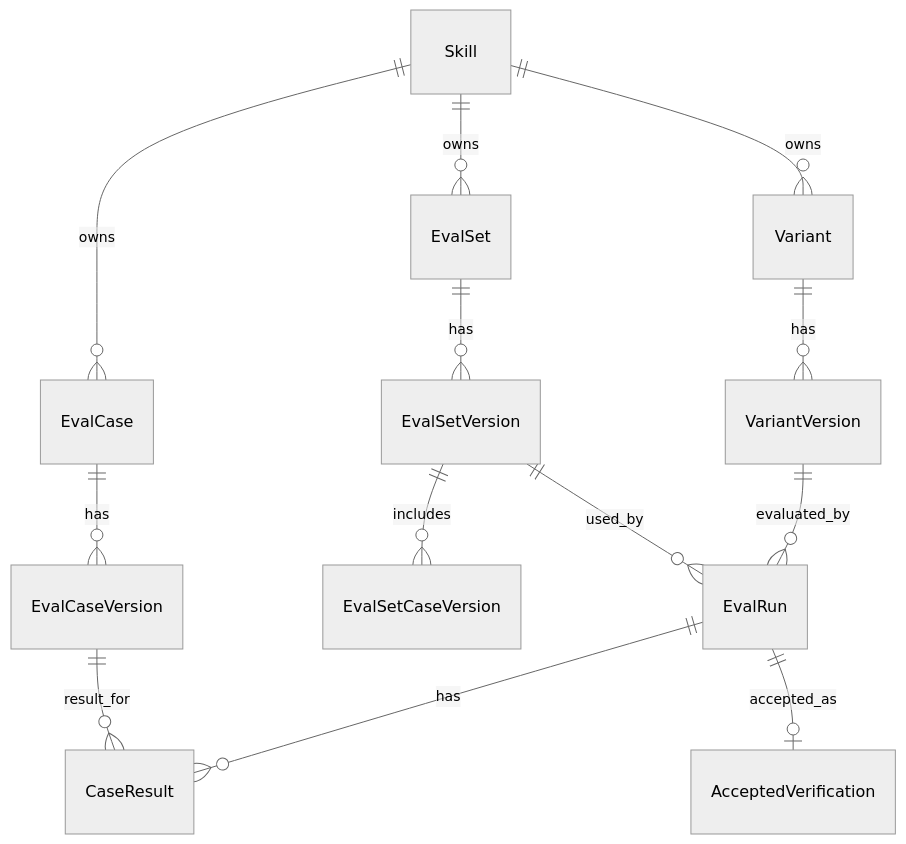
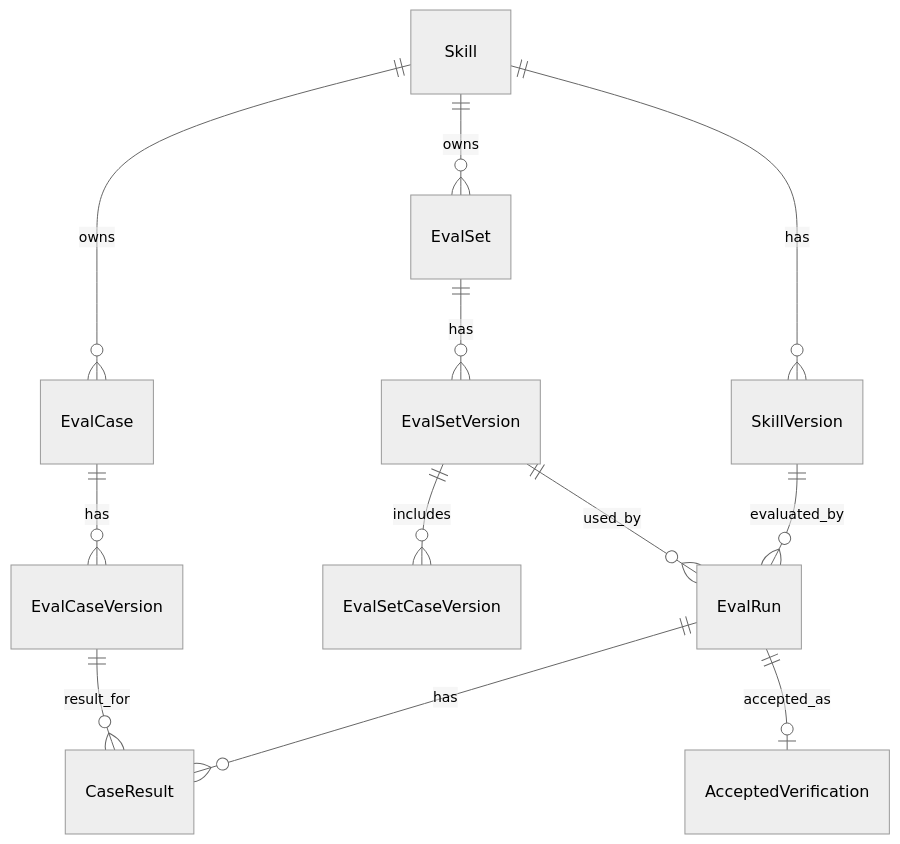
The second of 4 diagrams in docs/formal-architecture-v0.1.md (Madolkke/skills-manager), drawn with Mermaid (neutral theme) before and after one commit. The commit also changed other lines of this file and 47 other files, not shown here.

````diff
--- a/docs/formal-architecture-v0.1.md
+++ b/docs/formal-architecture-v0.1.md
@@ -52,15 +49,14 @@
 ```mermaid
 erDiagram
-  Skill ||--o{ Variant : owns
-  Variant ||--o{ VariantVersion : has
+  Skill ||--o{ SkillVersion : has
   Skill ||--o{ EvalSet : owns
   EvalSet ||--o{ EvalSetVersion : has
   Skill ||--o{ EvalCase : owns
   EvalCase ||--o{ EvalCaseVersion : has
   EvalSetVersion ||--o{ EvalSetCaseVersion : includes
-  VariantVersion ||--o{ EvalRun : evaluated_by
+  SkillVersion ||--o{ EvalRun : evaluated_by
   EvalSetVersion ||--o{ EvalRun : used_by
   EvalRun ||--o{ CaseResult : has
   EvalCaseVersion ||--o{ CaseResult : result_for
   EvalRun ||--o| AcceptedVerification : accepted_as
 ```
````
